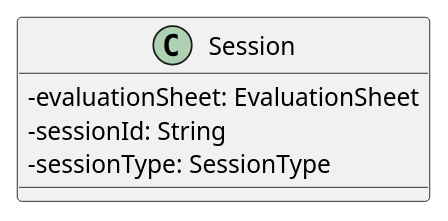
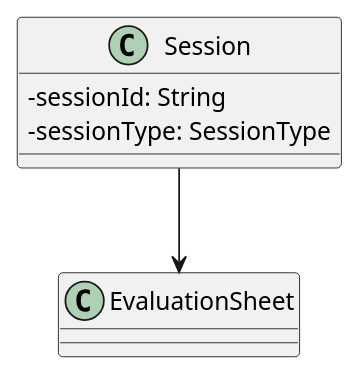
Before and after one commit to GroupRubberDuck/Documentazione: the diagram in src/PB/DocumentazioneEsterna/Specifica_Tecnica/content/uml/puml/Dominio/Session.puml, drawn with PlantUML. The commit also changed 10 other files, not shown here.

```diff
--- a/src/PB/DocumentazioneEsterna/Specifica_Tecnica/content/uml/puml/Dominio/Session.puml
+++ b/src/PB/DocumentazioneEsterna/Specifica_Tecnica/content/uml/puml/Dominio/Session.puml
@@ -1,11 +1,11 @@
 @startuml Session
 skinparam linetype ortho
 skinparam classAttributeIconSize 0
 
 class Session {
-    - evaluationSheet: EvaluationSheet
+    ' - evaluationSheet: EvaluationSheet
     - sessionId: String
     - sessionType: SessionType
 }
-
+Session --> EvaluationSheet
 @enduml
```
